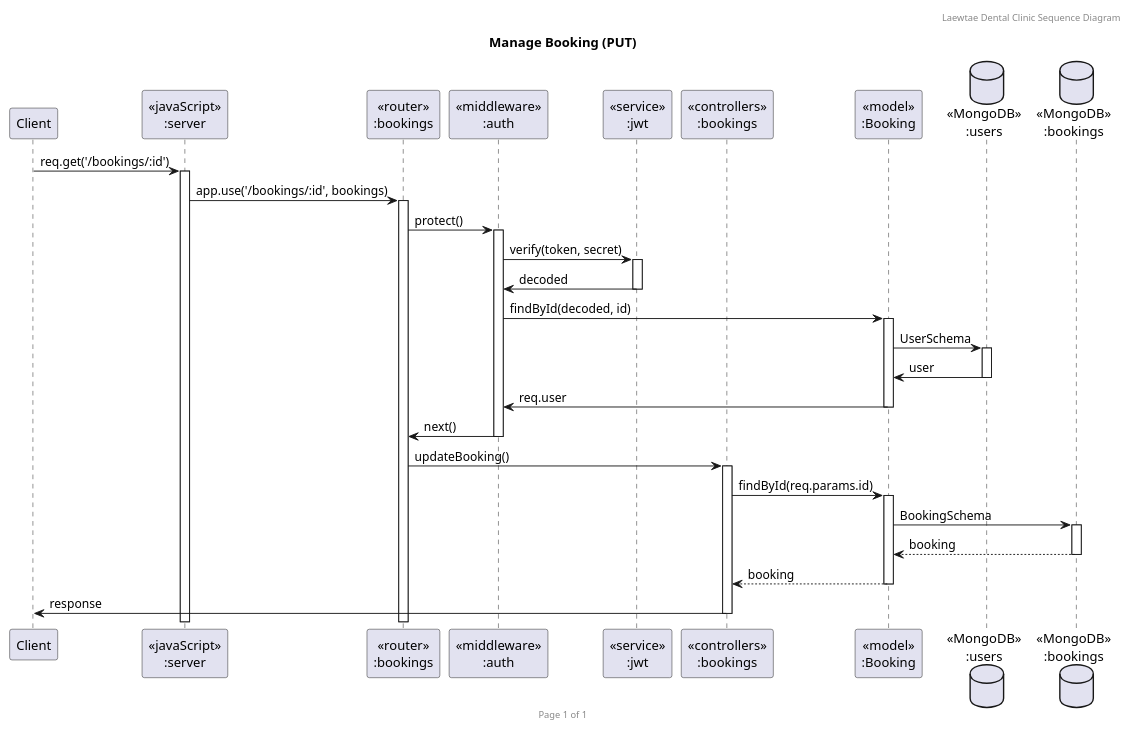
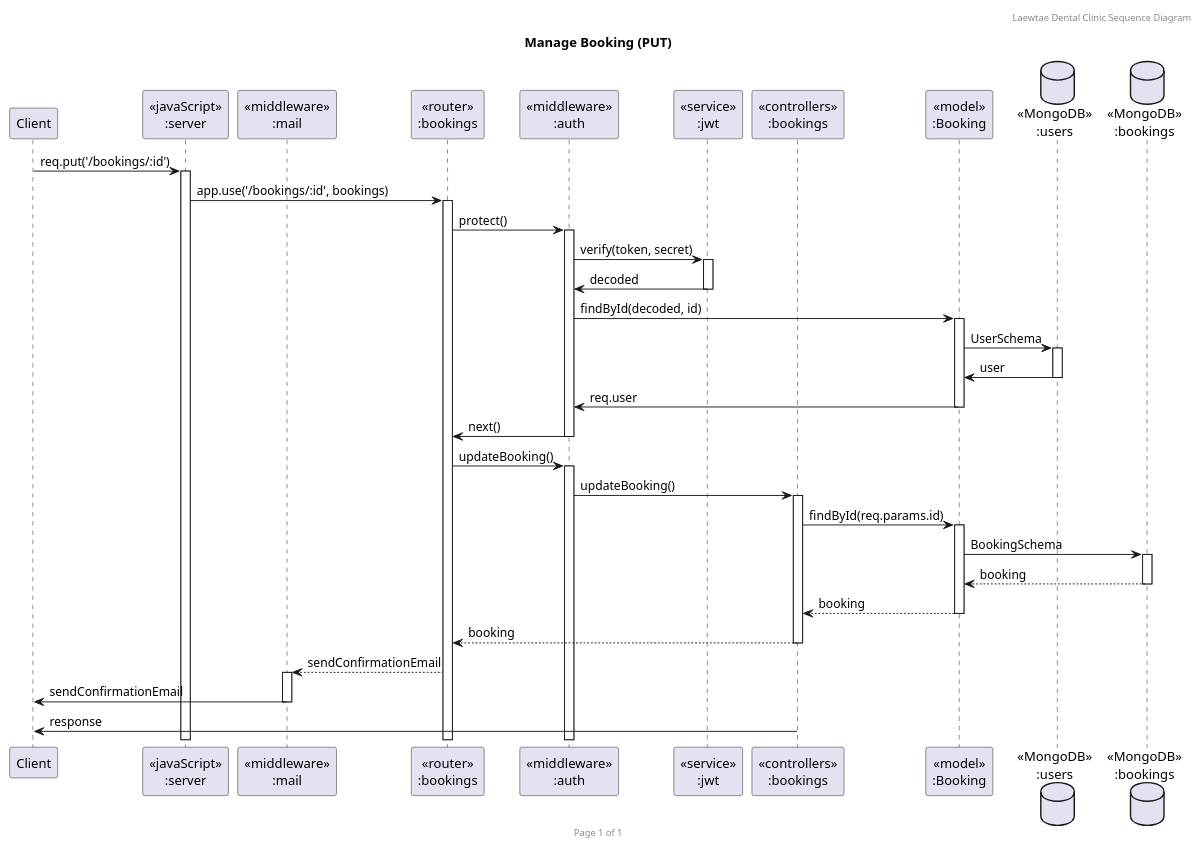
One commit to nattapong232/DentistBooking changed the diagram in UML/SequenceDiagram/Booking/BookingSequencePUT.puml. Above: the diagram before and after it, drawn with PlantUML. The commit also changed 2 other files, not shown here.

```diff
--- a/UML/SequenceDiagram/Booking/BookingSequencePUT.puml
+++ b/UML/SequenceDiagram/Booking/BookingSequencePUT.puml
@@ -1,34 +1,39 @@
 @startuml Manage Booking (PUT)
 
 header Laewtae Dental Clinic Sequence Diagram
 footer Page %page% of %lastpage%
 title "Manage Booking (PUT)"
 
 participant "Client" as client
 participant "<<javaScript>>\n:server" as server
+participant "<<middleware>>\n:mail" as mail
 participant "<<router>>\n:bookings" as routerBookings
 participant "<<middleware>>\n:auth" as auth
 participant "<<service>>\n:jwt" as jwt
 participant "<<controllers>>\n:bookings" as controllersBookings
 participant "<<model>>\n:Booking" as modelBooking
 database "<<MongoDB>>\n:users" as UsersDatabase
 database "<<MongoDB>>\n:bookings" as BookingsDatabase
 
-client->server ++:req.get('/bookings/:id')
+client->server ++:req.put('/bookings/:id')
 server->routerBookings ++:app.use('/bookings/:id', bookings)
 routerBookings -> auth ++:protect()
 auth -> jwt ++:verify(token, secret)
 auth <- jwt --:decoded
 auth -> modelBooking ++:findById(decoded, id)
 modelBooking -> UsersDatabase ++:UserSchema
 modelBooking <- UsersDatabase --:user
 auth <- modelBooking --:req.user
 routerBookings <- auth --:next()
-routerBookings -> controllersBookings ++:updateBooking()
+routerBookings -> auth ++:updateBooking()
+auth -> controllersBookings ++:updateBooking()
 controllersBookings->modelBooking ++:findById(req.params.id)
 modelBooking ->BookingsDatabase ++: BookingSchema
 BookingsDatabase --> modelBooking --: booking
 controllersBookings <-- modelBooking --:booking
+routerBookings <-- controllersBookings --:booking
+mail <-- routerBookings ++:sendConfirmationEmail
+client <- mail --:sendConfirmationEmail
 controllersBookings->client --:response
 
 @enduml
```
